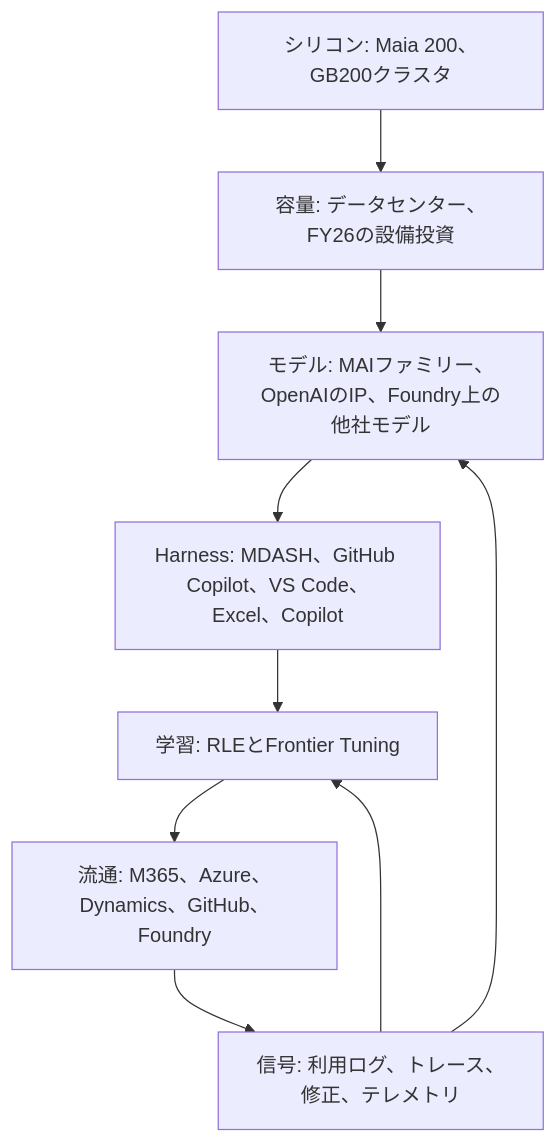
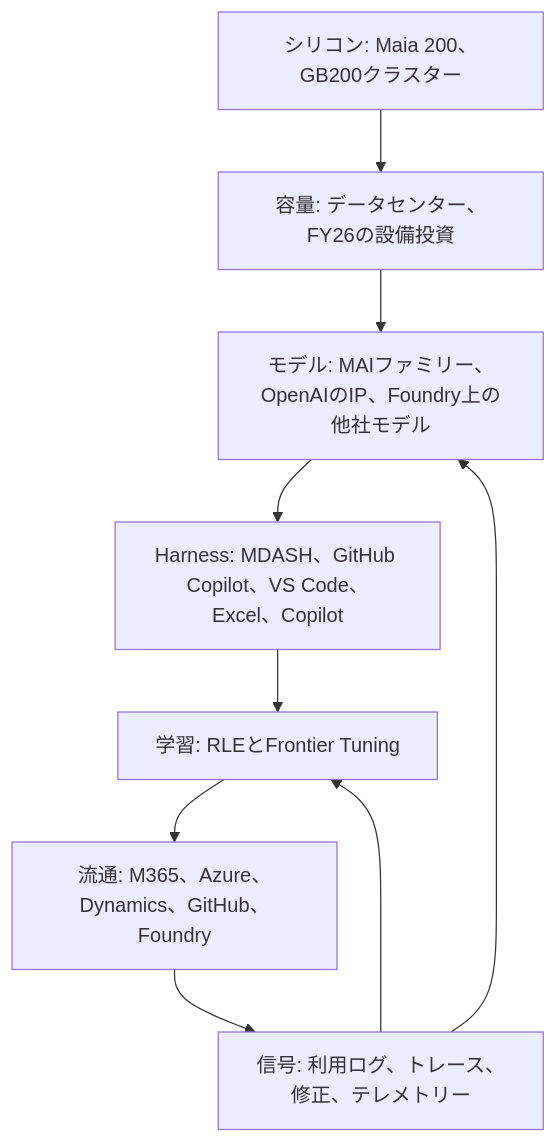
One commit to yoichiozaki/yoichiozaki.github.io changed the third of 3 diagrams in content/blog/ja/outcome-per-dollar-frontier.mdx. Above: the diagram before and after it, drawn with Mermaid. The commit also changed other lines of this file and 117 other files, not shown here.

````diff
--- a/content/blog/ja/outcome-per-dollar-frontier.mdx
+++ b/content/blog/ja/outcome-per-dollar-frontier.mdx
@@ -298,11 +298,11 @@
 ```mermaid
 flowchart TD
-    A["シリコン: Maia 200、GB200クラスタ"] --> B["容量: データセンター、FY26の設備投資"]
+    A["シリコン: Maia 200、GB200クラスター"] --> B["容量: データセンター、FY26の設備投資"]
     B --> C["モデル: MAIファミリー、OpenAIのIP、Foundry上の他社モデル"]
     C --> D["Harness: MDASH、GitHub Copilot、VS Code、Excel、Copilot"]
     D --> E["学習: RLEとFrontier Tuning"]
     E --> F["流通: M365、Azure、Dynamics、GitHub、Foundry"]
-    F --> G["信号: 利用ログ、トレース、修正、テレメトリ"]
+    F --> G["信号: 利用ログ、トレース、修正、テレメトリー"]
     G --> E
     G --> C
 ```
````
